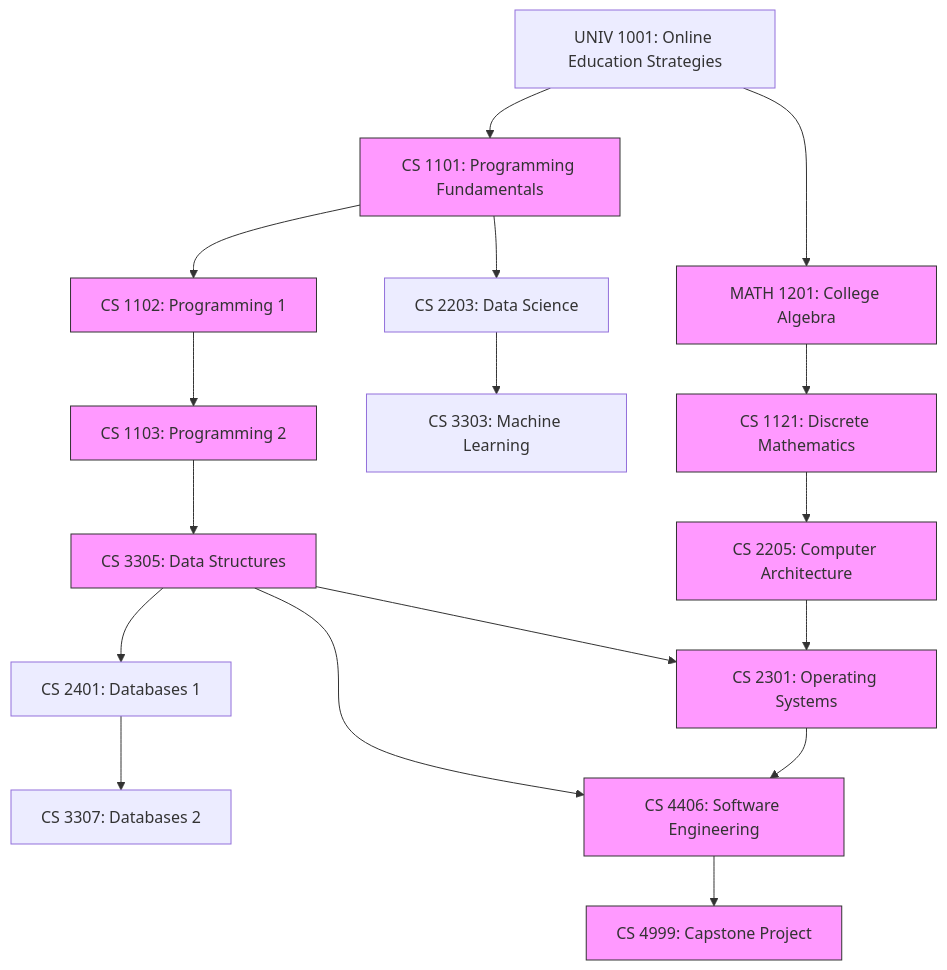
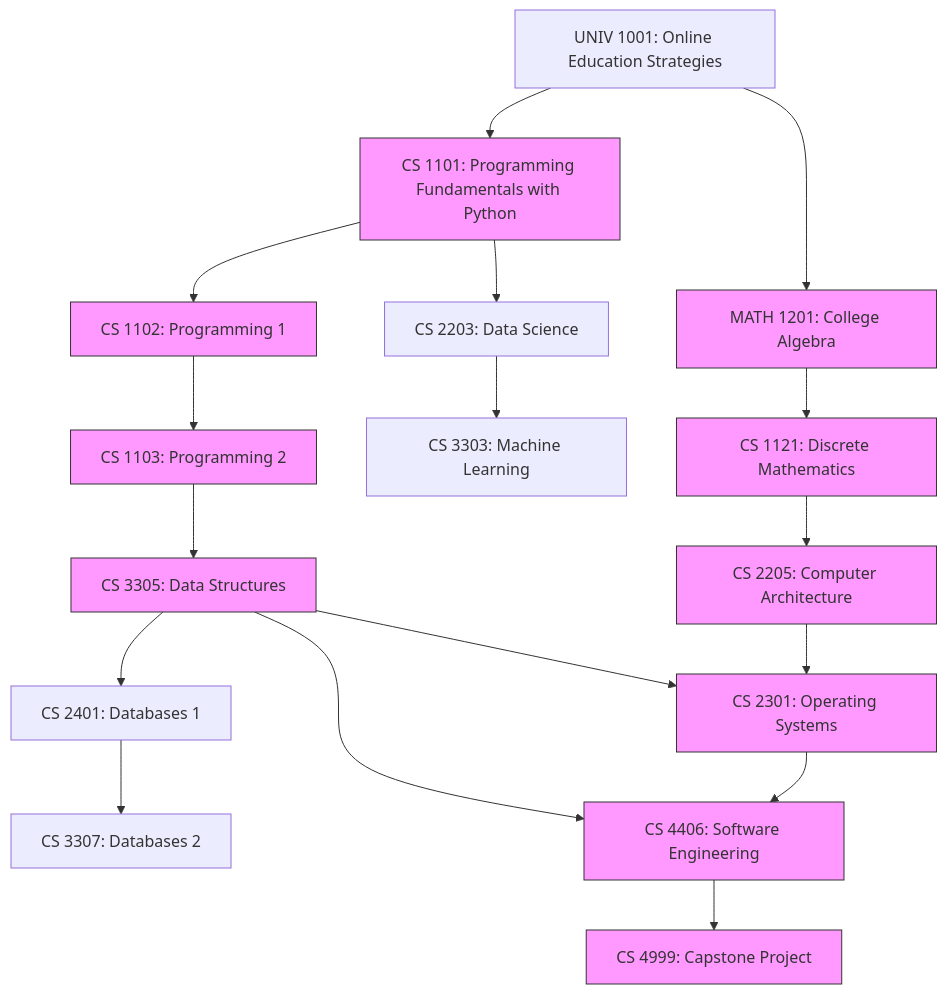
One commit to UoPeople-Computing-Network/awesome-uopeople-cs changed the diagram in README.md. Above: the diagram before and after it, drawn with Mermaid.

````diff
--- a/README.md
+++ b/README.md
@@ -5,28 +5,28 @@
 ```mermaid
 graph TD
-    A[UNIV 1001: Online Education Strategies] --> B[CS 1101: Programming Fundamentals]
+    A[UNIV 1001: Online Education Strategies] --> B[CS 1101: Programming Fundamentals with Python]
     B --> C[CS 1102: Programming 1]
     C --> D[CS 1103: Programming 2]
     D --> E[CS 3305: Data Structures]
 
     B --> F[CS 2203: Data Science]
     F --> G[CS 3303: Machine Learning]
 
     A --> H[MATH 1201: College Algebra]
     H --> I[CS 1121: Discrete Mathematics]
     I --> J[CS 2205: Computer Architecture]
 
     E --> K[CS 2401: Databases 1]
     K --> L[CS 3307: Databases 2]
 
     J --> M[CS 2301: Operating Systems]
     E --> M
 
     M --> N[CS 4406: Software Engineering]
     E --> N
 
     N --> O[CS 4999: Capstone Project]
 
     classDef core fill:#f9f,stroke:#333,stroke-width:1px;
     class B,C,D,E,H,I,J,M,N,O core
 ```
````
